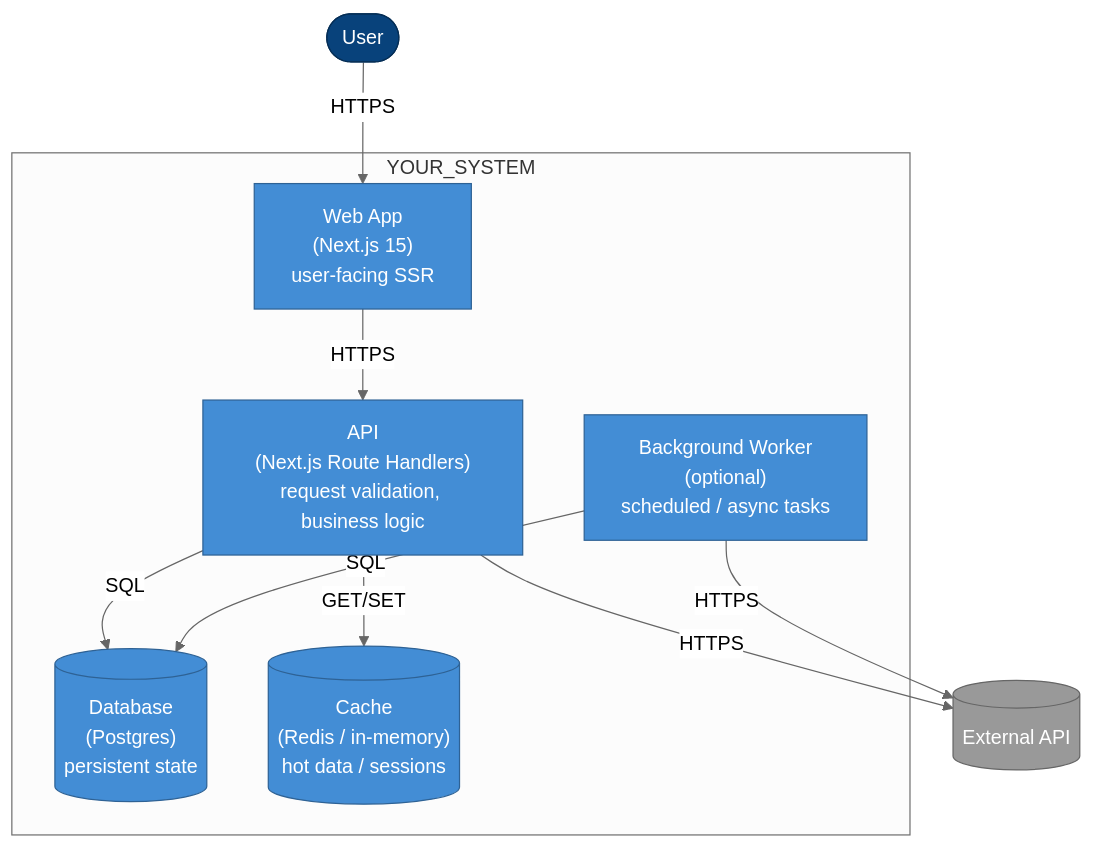
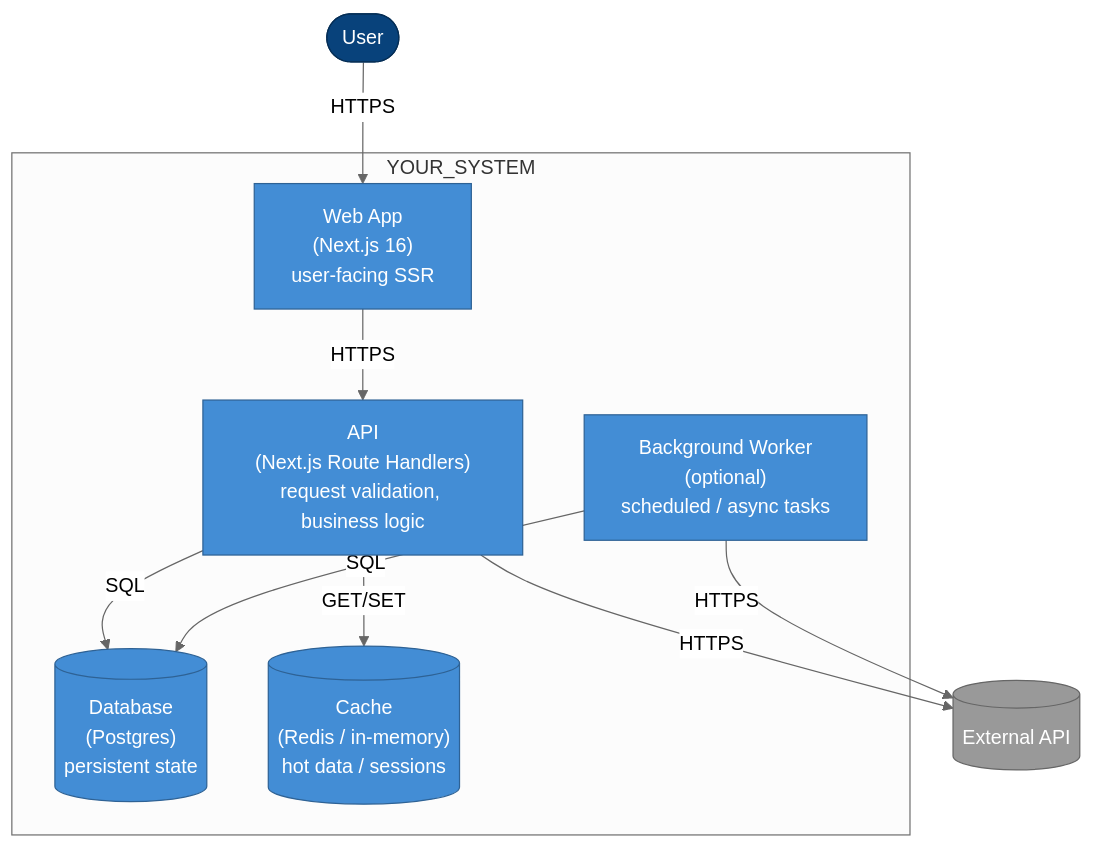
The diagram in docs/architecture/containers.md (llm-setup-templates/typescript-template), drawn with Mermaid (neutral theme) before and after one commit. The commit also changed other lines of this file and 5 other files, not shown here.

````diff
--- a/docs/architecture/containers.md
+++ b/docs/architecture/containers.md
@@ -14,35 +14,35 @@
 ```mermaid
 %% C4 Level 2 — Containers
 %% Edit: each box is a separately-deployable unit. Label with its
 %% runtime technology and its single responsibility in one line.
 
 flowchart TB
     User([User])
 
     subgraph System["YOUR_SYSTEM"]
-        Web["Web App<br/>(Next.js 15)<br/>user-facing SSR"]
+        Web["Web App<br/>(Next.js 16)<br/>user-facing SSR"]
         API["API<br/>(Next.js Route Handlers)<br/>request validation, business logic"]
         Worker["Background Worker<br/>(optional)<br/>scheduled / async tasks"]
         DB[("Database<br/>(Postgres)<br/>persistent state")]
         Cache[("Cache<br/>(Redis / in-memory)<br/>hot data / sessions")]
     end
 
     External[(External API)]
 
     User -- HTTPS --> Web
     Web -- HTTPS --> API
     API -- SQL --> DB
     API -- GET/SET --> Cache
     API -- HTTPS --> External
     Worker -- SQL --> DB
     Worker -- HTTPS --> External
 
     classDef container fill:#438DD5,stroke:#2E6295,color:#fff
     classDef database fill:#438DD5,stroke:#2E6295,color:#fff
     classDef person fill:#08427B,stroke:#052E56,color:#fff
     classDef external fill:#999,stroke:#666,color:#fff
     class Web,API,Worker container
     class DB,Cache database
     class User person
     class External external
 ```
````
